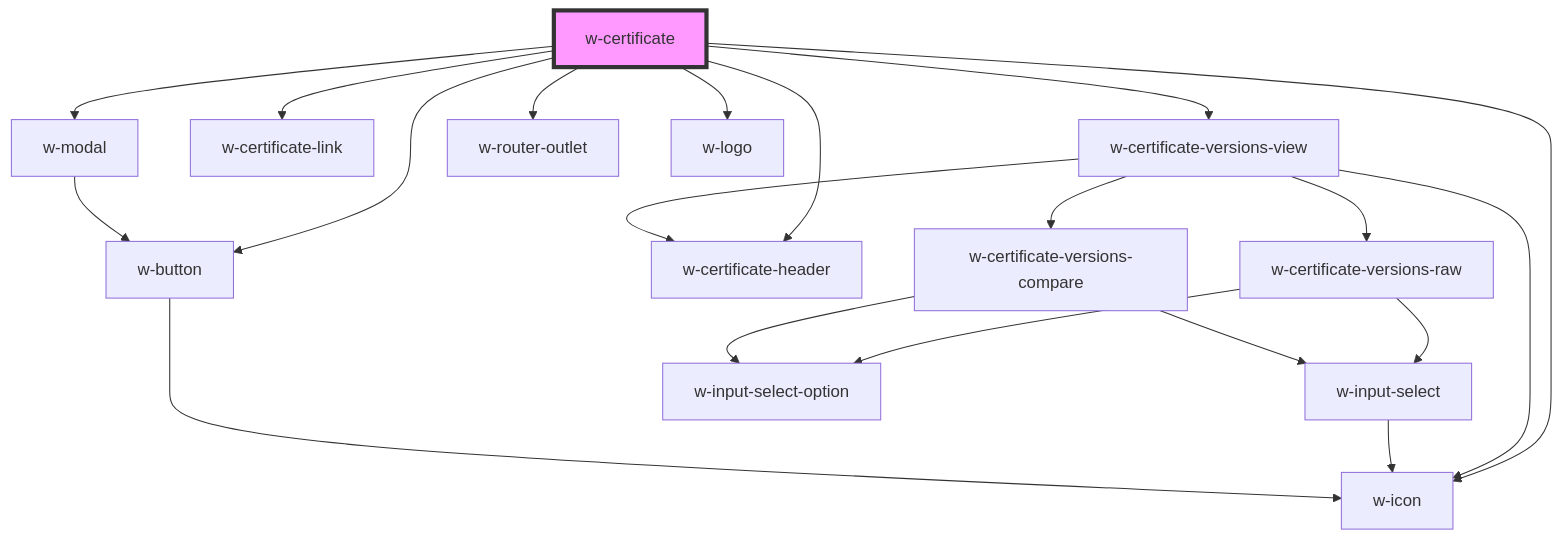
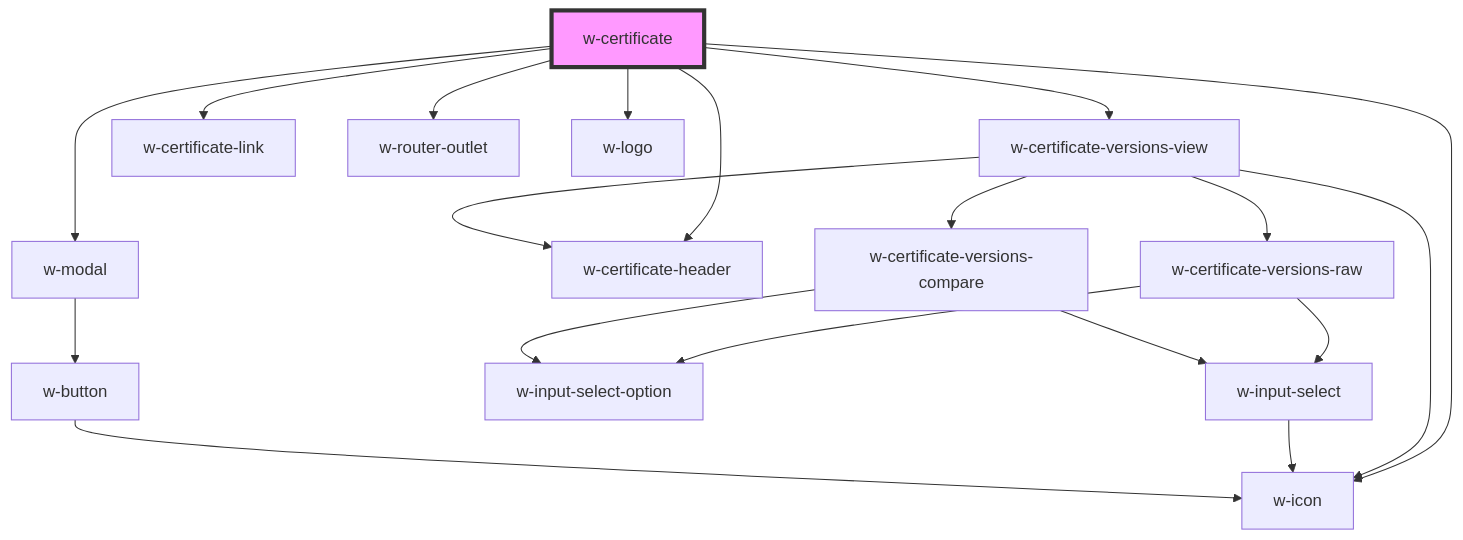
The diagram in src/components/w-certificate/readme.md (wordproof/ui), drawn with Mermaid before and after one commit. The commit also changed other lines of this file and 1 other file, not shown here.

Commit message:
auto generate components docs

````diff
--- a/src/components/w-certificate/readme.md
+++ b/src/components/w-certificate/readme.md
@@ -30,23 +29,22 @@
 ```mermaid
 graph TD;
   w-certificate --> w-certificate-versions-view
   w-certificate --> w-certificate-link
   w-certificate --> w-modal
-  w-certificate --> w-button
   w-certificate --> w-router-outlet
   w-certificate --> w-certificate-header
   w-certificate --> w-logo
   w-certificate --> w-icon
   w-certificate-versions-view --> w-certificate-header
   w-certificate-versions-view --> w-certificate-versions-raw
   w-certificate-versions-view --> w-certificate-versions-compare
   w-certificate-versions-view --> w-icon
   w-certificate-versions-raw --> w-input-select
   w-certificate-versions-raw --> w-input-select-option
   w-input-select --> w-icon
   w-certificate-versions-compare --> w-input-select
   w-certificate-versions-compare --> w-input-select-option
   w-modal --> w-button
   w-button --> w-icon
   style w-certificate fill:#f9f,stroke:#333,stroke-width:4px
 ```
````
